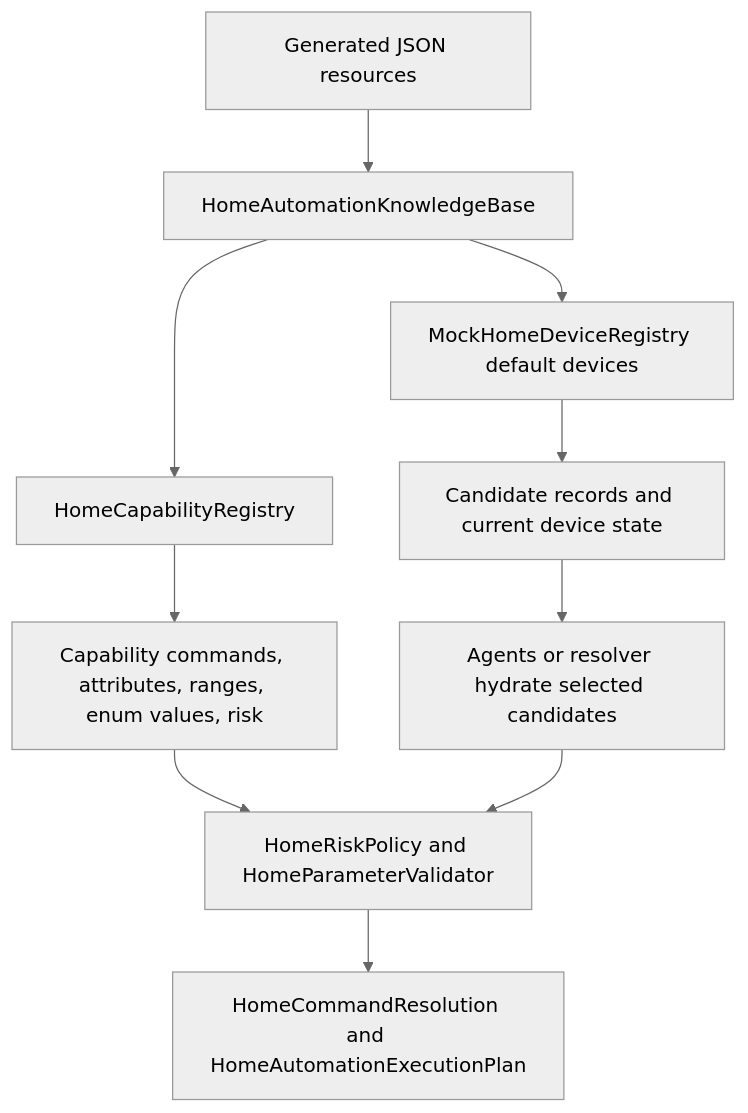
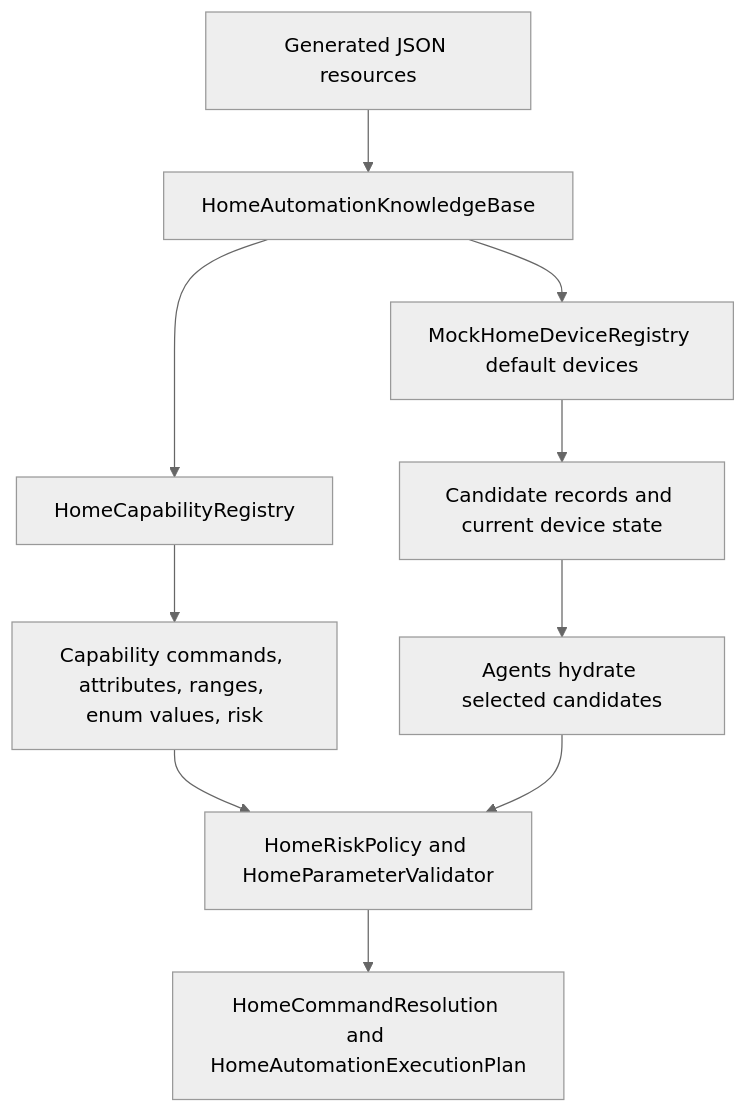
One commit to ksypinro/HomeAutomation changed the third of 3 diagrams in HomeAutomationCore/Sources/HomeAutomationCore/README.md. Above: the diagram before and after it, drawn with Mermaid (neutral theme). The commit also changed other lines of this file and 40 other files, not shown here.

````diff
--- a/HomeAutomationCore/Sources/HomeAutomationCore/README.md
+++ b/HomeAutomationCore/Sources/HomeAutomationCore/README.md
@@ -91,12 +90,12 @@
 ```mermaid
 flowchart TD
     A["Generated JSON resources"] --> B["HomeAutomationKnowledgeBase"]
     B --> C["HomeCapabilityRegistry"]
     B --> D["MockHomeDeviceRegistry default devices"]
     C --> E["Capability commands, attributes, ranges, enum values, risk"]
     D --> F["Candidate records and current device state"]
-    F --> G["Agents or resolver hydrate selected candidates"]
+    F --> G["Agents hydrate selected candidates"]
     E --> H["HomeRiskPolicy and HomeParameterValidator"]
     G --> H
     H --> I["HomeCommandResolution and HomeAutomationExecutionPlan"]
 ```
````
